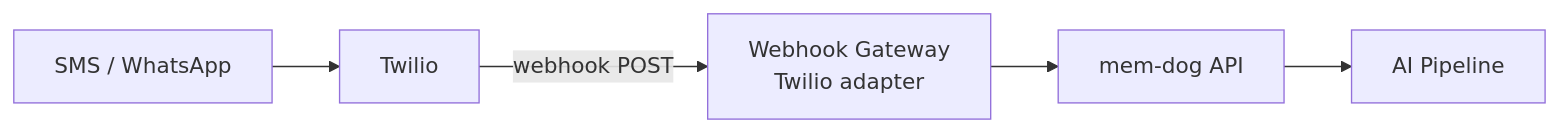
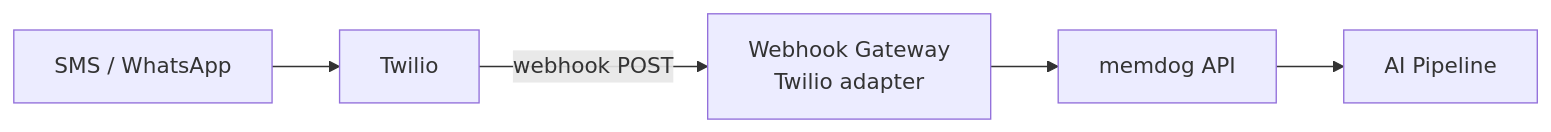
The diagram in docs/apps/twilio/setup.md (BuildGeekAI/mem-dog), drawn with Mermaid before and after one commit. The commit also changed other lines of this file and 412 other files, not shown here.

````diff
--- a/docs/apps/twilio/setup.md
+++ b/docs/apps/twilio/setup.md
@@ -7,7 +7,7 @@
 ```mermaid
 graph LR
     SMS[SMS / WhatsApp] --> TWILIO[Twilio]
     TWILIO -- "webhook POST" --> GW[Webhook Gateway<br/>Twilio adapter]
-    GW --> API[mem-dog API]
+    GW --> API[memdog API]
     API --> PIPE[AI Pipeline]
 ```
````
